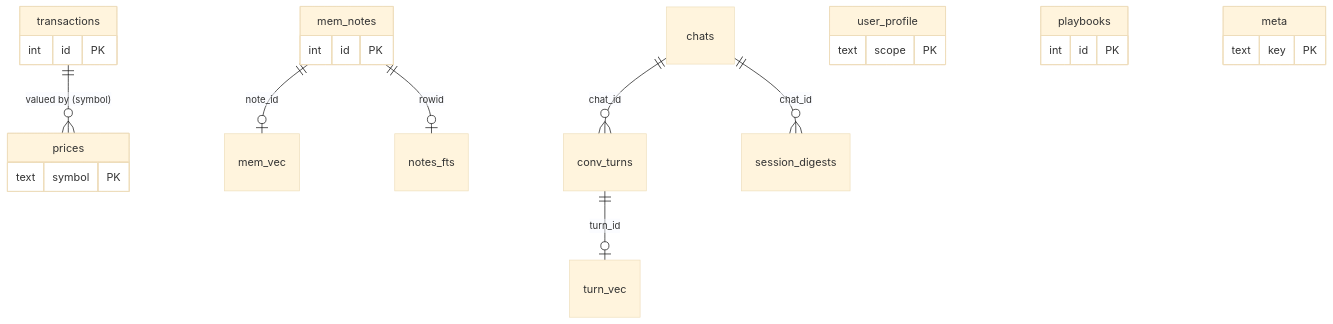
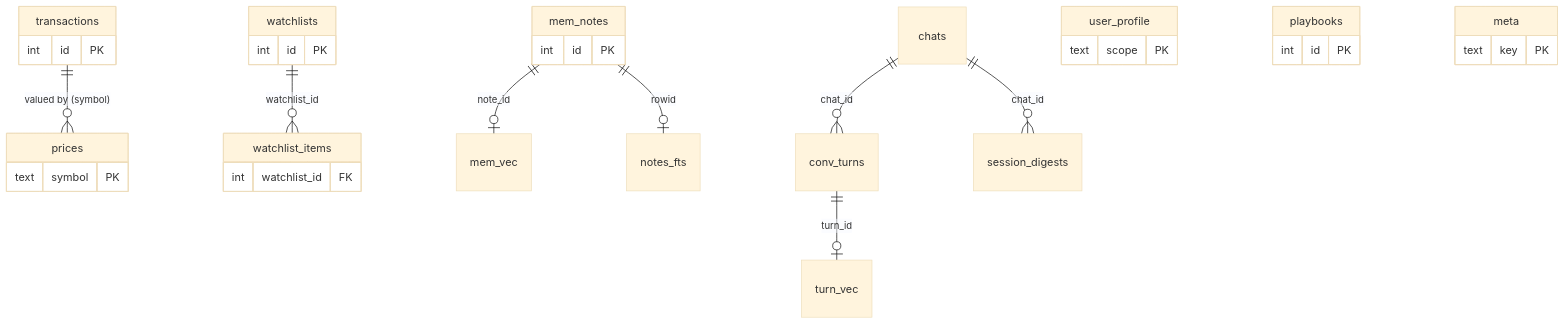
Before and after one commit to cloudaipro/CIOAgent: the second of 6 diagrams in docs/TECHNICAL_REPORT.md, drawn with Mermaid (base theme). The commit also changed other lines of this file and 19 other files, not shown here.

````diff
--- a/docs/TECHNICAL_REPORT.md
+++ b/docs/TECHNICAL_REPORT.md
@@ -88,15 +99,18 @@
 ```mermaid
 erDiagram
     transactions ||--o{ prices : "valued by (symbol)"
+    watchlists ||--o{ watchlist_items : "watchlist_id"
     mem_notes ||--o| mem_vec : "note_id"
     mem_notes ||--o| notes_fts : "rowid"
     conv_turns ||--o| turn_vec : "turn_id"
     chats ||--o{ session_digests : "chat_id"
     chats ||--o{ conv_turns : "chat_id"
     transactions { int id PK }
     prices { text symbol PK }
+    watchlists { int id PK }
+    watchlist_items { int watchlist_id FK }
     mem_notes { int id PK }
     user_profile { text scope PK }
     playbooks { int id PK }
     meta { text key PK }
 ```
````
